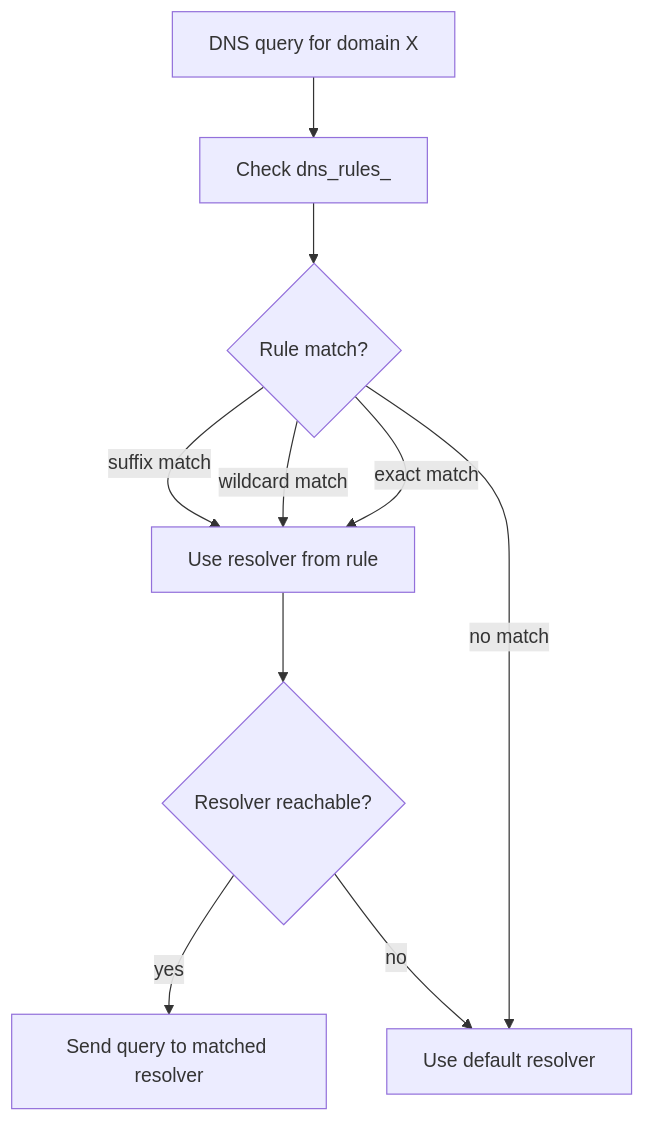
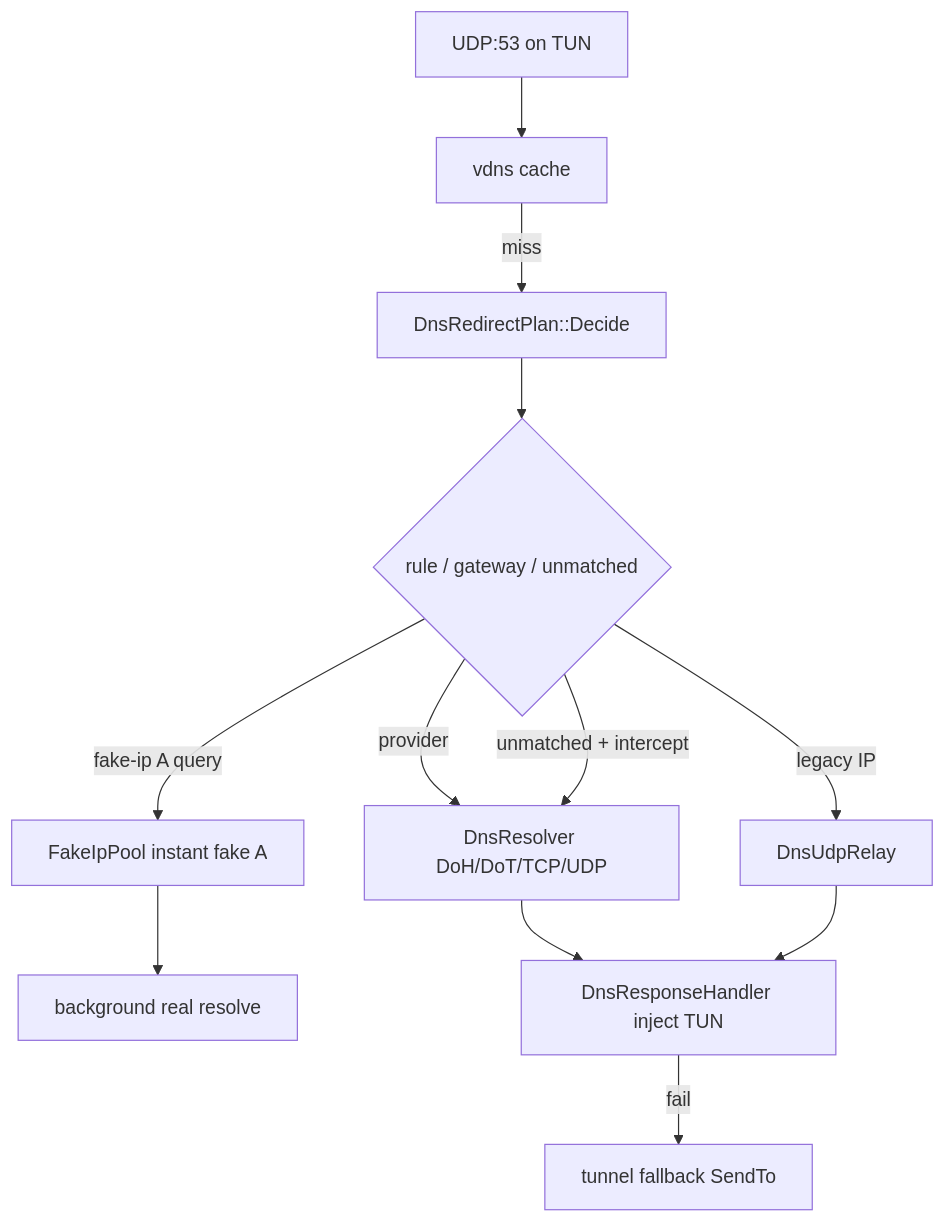
Before and after one commit to HyacinthHaru/openppp2: the third of 5 diagrams in docs/ROUTING_AND_DNS.md, drawn with Mermaid. The commit also changed other lines of this file and 53 other files, not shown here.

First line of the commit message:
refactor(dns): extract interceptor module, unify routing, add fake-ip

````diff
--- a/docs/ROUTING_AND_DNS.md
+++ b/docs/ROUTING_AND_DNS.md
@@ -155,12 +155,14 @@
 ```mermaid
 flowchart TD
-    A[DNS query for domain X] --> B[Check dns_rules_]
-    B --> C{Rule match?}
-    C -->|suffix match| D[Use resolver from rule]
-    C -->|wildcard match| D
-    C -->|exact match| D
-    C -->|no match| E[Use default resolver]
-    D --> F{Resolver reachable?}
-    F -->|yes| G[Send query to matched resolver]
-    F -->|no| E
+    A[UDP:53 on TUN] --> B[vdns cache]
+    B -->|miss| C[DnsRedirectPlan::Decide]
+    C --> D{rule / gateway / unmatched}
+    D -->|provider| E[DnsResolver DoH/DoT/TCP/UDP]
+    D -->|legacy IP| F[DnsUdpRelay]
+    D -->|unmatched + intercept| E
+    D -->|fake-ip A query| G[FakeIpPool instant fake A]
+    G --> H[background real resolve]
+    E --> I[DnsResponseHandler inject TUN]
+    F --> I
+    I -->|fail| J[tunnel fallback SendTo]
 ```
````
